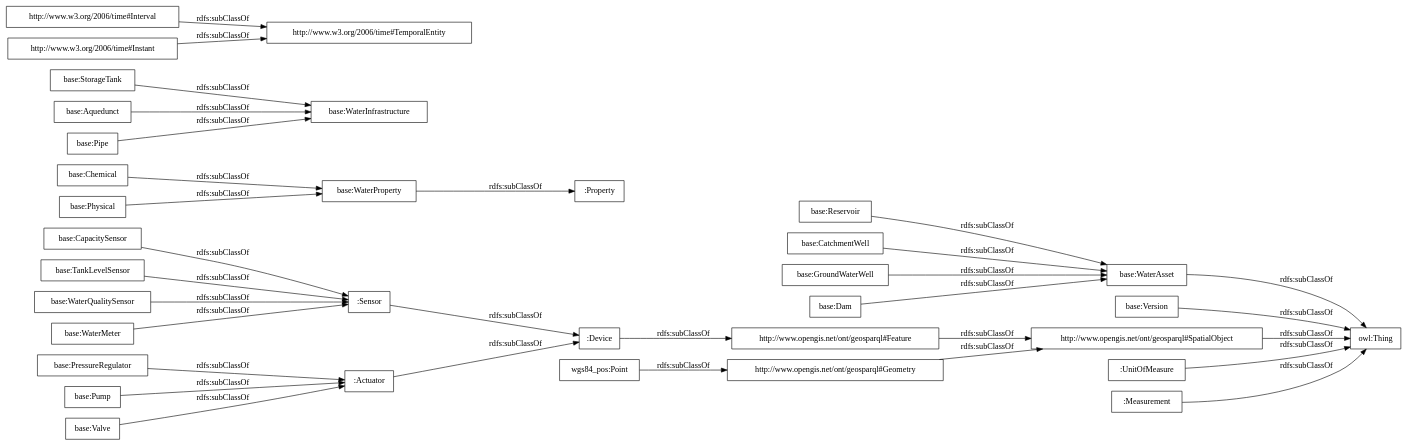
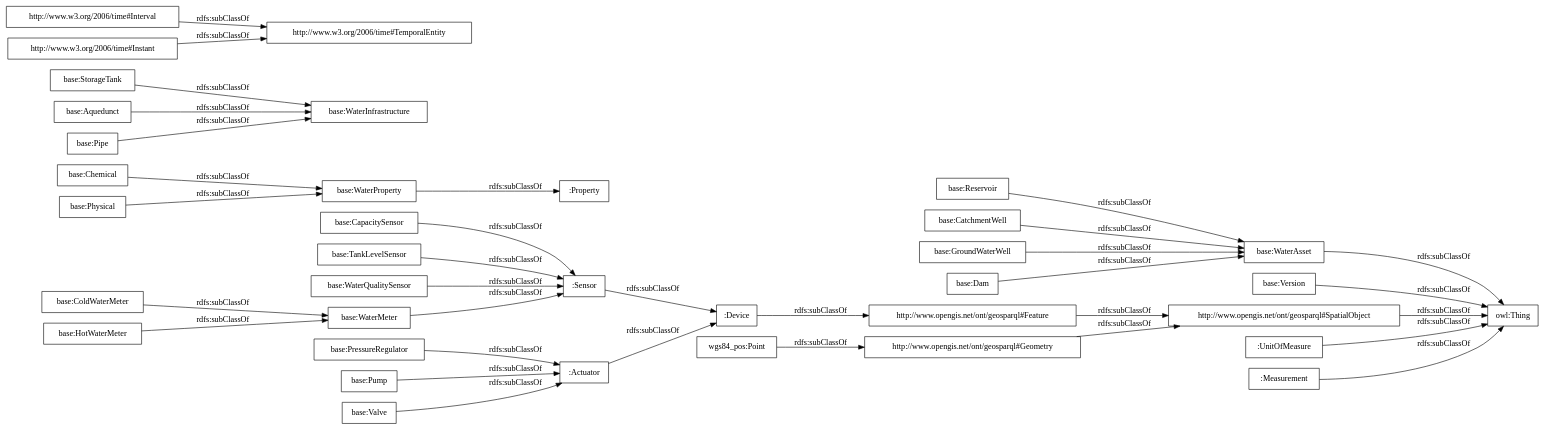
One commit to tiwari2019/S4WATR-1 changed the diagram in OnToology/S4Water.owl/diagrams/ar2dtool-taxonomy/S4Water.owl.png.dot. Above: the diagram before and after it, drawn with Graphviz. The commit also changed 13 other files, not shown here.

```diff
--- a/OnToology/S4Water.owl/diagrams/ar2dtool-taxonomy/S4Water.owl.png.dot
+++ b/OnToology/S4Water.owl/diagrams/ar2dtool-taxonomy/S4Water.owl.png.dot
@@ -1,36 +1,38 @@
 digraph ar2dtool_diagram { 
 rankdir=LR;
 size="1000"
-node [shape = rectangle, color="black"]; "base:PressureRegulator" "base:Version" "base:WaterProperty" "http://www.opengis.net/ont/geosparql#Feature" ":Property" "base:GroundWaterWell" "base:Dam" "base:WaterAsset" "base:Reservoir" ":Sensor" "base:CatchmentWell" "base:WaterMeter" "base:WaterInfrastructure" ":Device" "base:Pump" "base:StorageTank" "base:Valve" "base:CapacitySensor" "base:TankLevelSensor" "http://www.w3.org/2006/time#Interval" "http://www.opengis.net/ont/geosparql#Geometry" "http://www.opengis.net/ont/geosparql#SpatialObject" "base:Aquedunct" "http://www.w3.org/2006/time#TemporalEntity" "base:Pipe" ":UnitOfMeasure" "wgs84_pos:Point" ":Measurement" "base:Chemical" "base:WaterQualitySensor" "base:Physical" "http://www.w3.org/2006/time#Instant" ":Actuator" ; /*classes style*/
+node [shape = rectangle, color="black"]; "base:PressureRegulator" "base:Version" "base:WaterProperty" "http://www.opengis.net/ont/geosparql#Feature" ":Property" "base:GroundWaterWell" "base:Dam" "base:WaterAsset" "base:Reservoir" ":Sensor" "base:CatchmentWell" "base:WaterMeter" "base:WaterInfrastructure" ":Device" "base:Pump" "base:StorageTank" "base:Valve" "base:CapacitySensor" "base:TankLevelSensor" "base:ColdWaterMeter" "http://www.w3.org/2006/time#Interval" "http://www.opengis.net/ont/geosparql#Geometry" "http://www.opengis.net/ont/geosparql#SpatialObject" "base:Aquedunct" "http://www.w3.org/2006/time#TemporalEntity" "base:Pipe" ":UnitOfMeasure" "base:HotWaterMeter" "wgs84_pos:Point" ":Measurement" "base:Chemical" "base:WaterQualitySensor" "base:Physical" "http://www.w3.org/2006/time#Instant" ":Actuator" ; /*classes style*/
 	":Measurement" -> "owl:Thing" [ label = "rdfs:subClassOf" ];
 	":Sensor" -> ":Device" [ label = "rdfs:subClassOf" ];
 	"base:Reservoir" -> "base:WaterAsset" [ label = "rdfs:subClassOf" ];
 	"base:Pipe" -> "base:WaterInfrastructure" [ label = "rdfs:subClassOf" ];
 	"base:CatchmentWell" -> "base:WaterAsset" [ label = "rdfs:subClassOf" ];
 	"base:StorageTank" -> "base:WaterInfrastructure" [ label = "rdfs:subClassOf" ];
 	"base:WaterMeter" -> ":Sensor" [ label = "rdfs:subClassOf" ];
+	"base:HotWaterMeter" -> "base:WaterMeter" [ label = "rdfs:subClassOf" ];
 	"base:Dam" -> "base:WaterAsset" [ label = "rdfs:subClassOf" ];
 	"base:WaterAsset" -> "owl:Thing" [ label = "rdfs:subClassOf" ];
 	"http://www.w3.org/2006/time#Interval" -> "http://www.w3.org/2006/time#TemporalEntity" [ label = "rdfs:subClassOf" ];
 	"base:GroundWaterWell" -> "base:WaterAsset" [ label = "rdfs:subClassOf" ];
 	"base:PressureRegulator" -> ":Actuator" [ label = "rdfs:subClassOf" ];
 	"base:CapacitySensor" -> ":Sensor" [ label = "rdfs:subClassOf" ];
 	"base:Aquedunct" -> "base:WaterInfrastructure" [ label = "rdfs:subClassOf" ];
+	"base:ColdWaterMeter" -> "base:WaterMeter" [ label = "rdfs:subClassOf" ];
 	"wgs84_pos:Point" -> "http://www.opengis.net/ont/geosparql#Geometry" [ label = "rdfs:subClassOf" ];
 	"http://www.opengis.net/ont/geosparql#Feature" -> "http://www.opengis.net/ont/geosparql#SpatialObject" [ label = "rdfs:subClassOf" ];
 	"base:Physical" -> "base:WaterProperty" [ label = "rdfs:subClassOf" ];
 	"http://www.opengis.net/ont/geosparql#SpatialObject" -> "owl:Thing" [ label = "rdfs:subClassOf" ];
 	":Actuator" -> ":Device" [ label = "rdfs:subClassOf" ];
 	"base:Valve" -> ":Actuator" [ label = "rdfs:subClassOf" ];
 	"base:WaterQualitySensor" -> ":Sensor" [ label = "rdfs:subClassOf" ];
 	"base:WaterProperty" -> ":Property" [ label = "rdfs:subClassOf" ];
 	"http://www.w3.org/2006/time#Instant" -> "http://www.w3.org/2006/time#TemporalEntity" [ label = "rdfs:subClassOf" ];
 	"base:TankLevelSensor" -> ":Sensor" [ label = "rdfs:subClassOf" ];
 	"http://www.opengis.net/ont/geosparql#Geometry" -> "http://www.opengis.net/ont/geosparql#SpatialObject" [ label = "rdfs:subClassOf" ];
 	"base:Chemical" -> "base:WaterProperty" [ label = "rdfs:subClassOf" ];
 	"base:Version" -> "owl:Thing" [ label = "rdfs:subClassOf" ];
 	"base:Pump" -> ":Actuator" [ label = "rdfs:subClassOf" ];
 	":UnitOfMeasure" -> "owl:Thing" [ label = "rdfs:subClassOf" ];
 	":Device" -> "http://www.opengis.net/ont/geosparql#Feature" [ label = "rdfs:subClassOf" ];
 
 }
```
